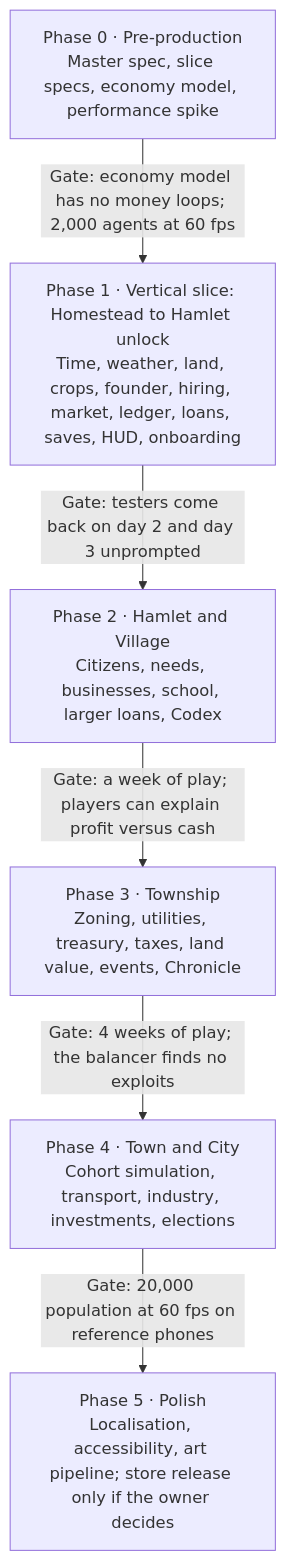
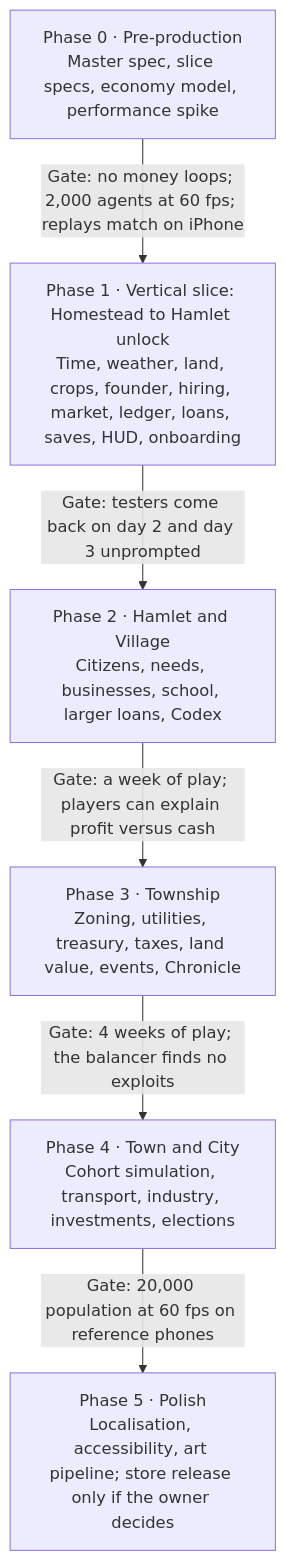
The second of 2 diagrams in docs/GDD.md (patel-keyur-18/farm-to-city), drawn with Mermaid before and after one commit. The commit also changed other lines of this file and 87 other files, not shown here.

````diff
--- a/docs/GDD.md
+++ b/docs/GDD.md
@@ -1049,15 +1051,15 @@
 ```mermaid
 flowchart TB
     P0["Phase 0 · Pre-production<br/>Master spec, slice specs, economy model, performance spike"]
     P1["Phase 1 · Vertical slice: Homestead to Hamlet unlock<br/>Time, weather, land, crops, founder, hiring, market, ledger, loans, saves, HUD, onboarding"]
     P2["Phase 2 · Hamlet and Village<br/>Citizens, needs, businesses, school, larger loans, Codex"]
     P3["Phase 3 · Township<br/>Zoning, utilities, treasury, taxes, land value, events, Chronicle"]
     P4["Phase 4 · Town and City<br/>Cohort simulation, transport, industry, investments, elections"]
     P5["Phase 5 · Polish<br/>Localisation, accessibility, art pipeline; store release only if the owner decides"]
 
-    P0 -->|"Gate: economy model has no money loops; 2,000 agents at 60 fps"| P1
+    P0 -->|"Gate: no money loops; 2,000 agents at 60 fps; replays match on iPhone"| P1
     P1 -->|"Gate: testers come back on day 2 and day 3 unprompted"| P2
     P2 -->|"Gate: a week of play; players can explain profit versus cash"| P3
     P3 -->|"Gate: 4 weeks of play; the balancer finds no exploits"| P4
     P4 -->|"Gate: 20,000 population at 60 fps on reference phones"| P5
 ```
````
